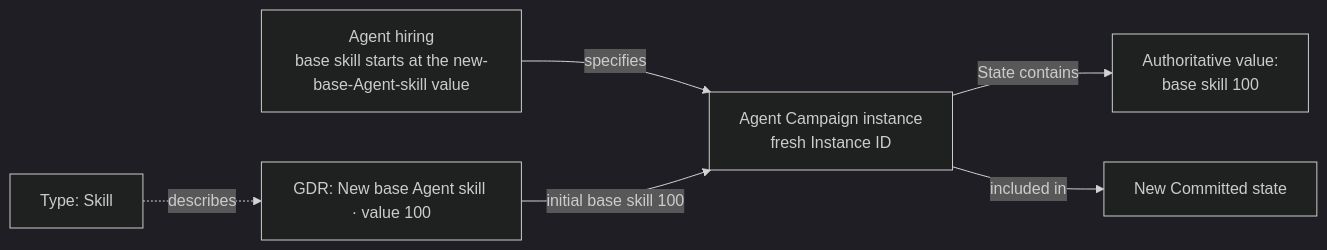
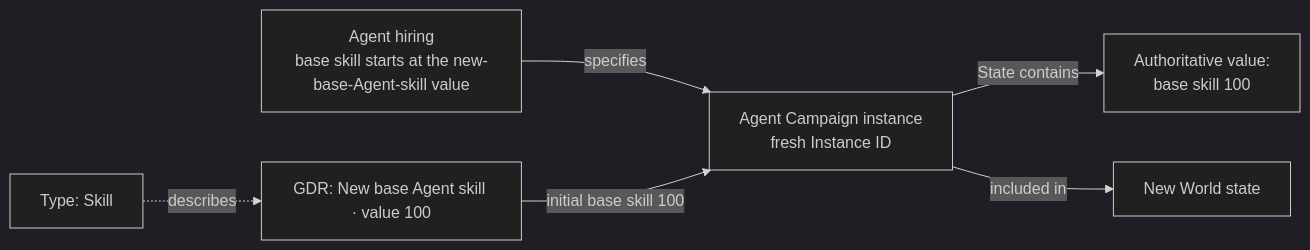
One commit to konrad-jamrozik/game-v5 changed the first of 7 diagrams in docs/specs/design/foundation/game-data-records.md. Above: the diagram before and after it, drawn with Mermaid (dark theme). The commit also changed other lines of this file and 41 other files, not shown here.

First line of the commit message:
Retire the term Committed state in favour of World state

````diff
--- a/docs/specs/design/foundation/game-data-records.md
+++ b/docs/specs/design/foundation/game-data-records.md
@@ -87,8 +87,8 @@
 ```mermaid
 flowchart LR
     Type["Type: Skill"] -.->|describes| GDR["GDR: New base Agent skill · value 100"]
     Creation["Agent hiring<br/>base skill starts at the new-base-Agent-skill value"] -->|specifies| Agent["Agent Campaign instance<br/>fresh Instance ID"]
     GDR -->|initial base skill 100| Agent
     Agent -->|State contains| Skill["Authoritative value:<br/>base skill 100"]
-    Agent -->|included in| State["New Committed state"]
+    Agent -->|included in| State["New World state"]
 ```
````
